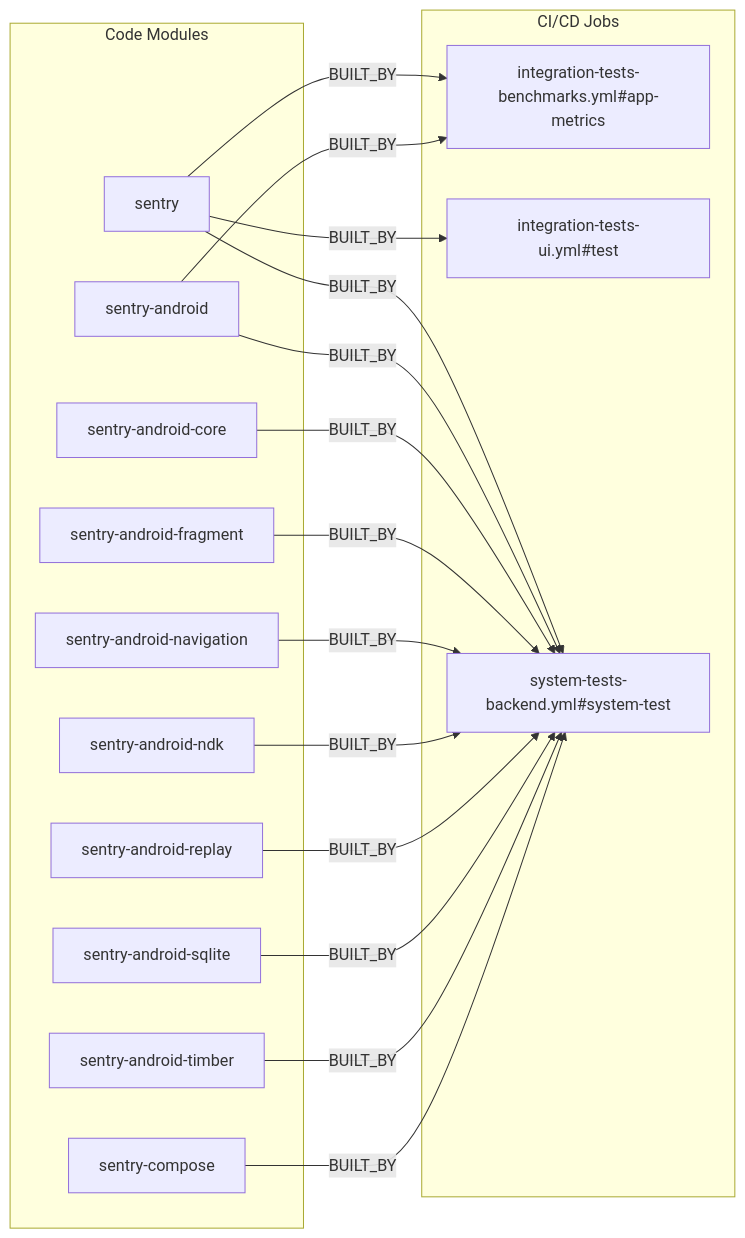
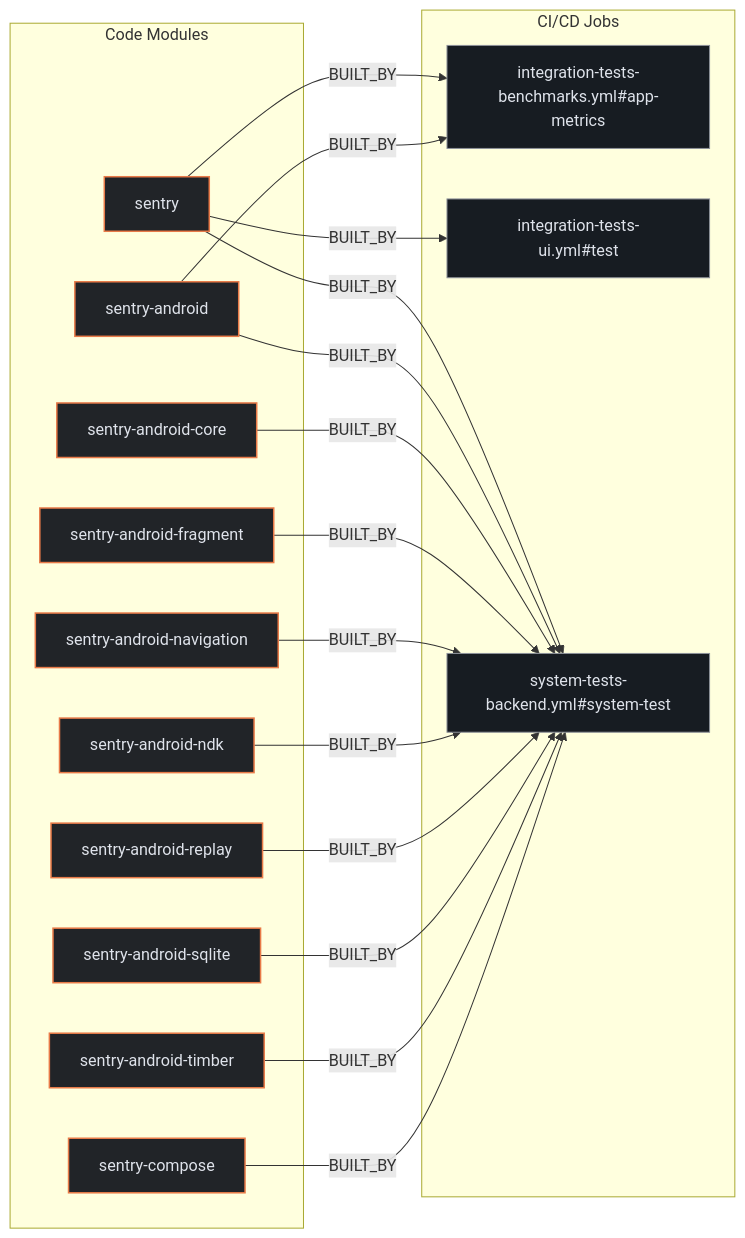
The second of 3 diagrams in exports/latest/reports/getsentry-sentry-java-report.md (kumarshaz/atruss-code-atlas), drawn with Mermaid before and after one commit. The commit also changed other lines of this file and 331 other files, not shown here.

Commit message:
docs,ui,fix: update SDLC docs, reorder CI/CD DAG first, stylize Mermaid, and fix Arc42 pipeline topology

````diff
--- a/exports/latest/reports/getsentry-sentry-java-report.md
+++ b/exports/latest/reports/getsentry-sentry-java-report.md
@@ -202,33 +209,37 @@
 ```mermaid
 flowchart LR
+    classDef atlasCategory fill:#212428,stroke:#E87A48,stroke-width:1.5px,color:#dfe3eb
+    classDef atlasWorkflow fill:#1b2026,stroke:#a3c9ff,stroke-width:1.5px,color:#dfe3eb
+    classDef atlasJob fill:#171c22,stroke:#8d9199,stroke-width:1px,color:#dfe3eb
+    classDef atlasTarget fill:#005227,stroke:#8bd99b,stroke-width:1.5px,color:#a7f6b6
     subgraph code_modules["Code Modules"]
-        mod_sentry["sentry"]
-        mod_sentry_android["sentry-android"]
-        mod_sentry_android_core["sentry-android-core"]
-        mod_sentry_android_fragment["sentry-android-fragment"]
-        mod_sentry_android_navigation["sentry-android-navigation"]
-        mod_sentry_android_ndk["sentry-android-ndk"]
-        mod_sentry_android_replay["sentry-android-replay"]
-        mod_sentry_android_sqlite["sentry-android-sqlite"]
-        mod_sentry_android_timber["sentry-android-timber"]
-        mod_sentry_compose["sentry-compose"]
+        mod_sentry["sentry"]:::atlasCategory
+        mod_sentry_android["sentry-android"]:::atlasCategory
+        mod_sentry_android_core["sentry-android-core"]:::atlasCategory
+        mod_sentry_android_fragment["sentry-android-fragment"]:::atlasCategory
+        mod_sentry_android_navigation["sentry-android-navigation"]:::atlasCategory
+        mod_sentry_android_ndk["sentry-android-ndk"]:::atlasCategory
+        mod_sentry_android_replay["sentry-android-replay"]:::atlasCategory
+        mod_sentry_android_sqlite["sentry-android-sqlite"]:::atlasCategory
+        mod_sentry_android_timber["sentry-android-timber"]:::atlasCategory
+        mod_sentry_compose["sentry-compose"]:::atlasCategory
     end
     subgraph ci_jobs["CI/CD Jobs"]
-        job_integration_tests_benchmarks_yml_app_metrics["integration-tests-benchmarks.yml#app-metrics"]
-        job_integration_tests_ui_yml_test["integration-tests-ui.yml#test"]
-        job_system_tests_backend_yml_system_test["system-tests-backend.yml#system-test"]
+        job_integration_tests_benchmarks_yml_app_metrics["integration-tests-benchmarks.yml#app-metrics"]:::atlasJob
+        job_integration_tests_ui_yml_test["integration-tests-ui.yml#test"]:::atlasJob
+        job_system_tests_backend_yml_system_test["system-tests-backend.yml#system-test"]:::atlasJob
     end
     mod_sentry -->|BUILT_BY| job_integration_tests_benchmarks_yml_app_metrics
     mod_sentry -->|BUILT_BY| job_integration_tests_ui_yml_test
     mod_sentry -->|BUILT_BY| job_system_tests_backend_yml_system_test
     mod_sentry_android -->|BUILT_BY| job_integration_tests_benchmarks_yml_app_metrics
     mod_sentry_android -->|BUILT_BY| job_system_tests_backend_yml_system_test
     mod_sentry_android_core -->|BUILT_BY| job_system_tests_backend_yml_system_test
     mod_sentry_android_fragment -->|BUILT_BY| job_system_tests_backend_yml_system_test
     mod_sentry_android_navigation -->|BUILT_BY| job_system_tests_backend_yml_system_test
     mod_sentry_android_ndk -->|BUILT_BY| job_system_tests_backend_yml_system_test
     mod_sentry_android_replay -->|BUILT_BY| job_system_tests_backend_yml_system_test
     mod_sentry_android_sqlite -->|BUILT_BY| job_system_tests_backend_yml_system_test
     mod_sentry_android_timber -->|BUILT_BY| job_system_tests_backend_yml_system_test
     mod_sentry_compose -->|BUILT_BY| job_system_tests_backend_yml_system_test
 ```
````
